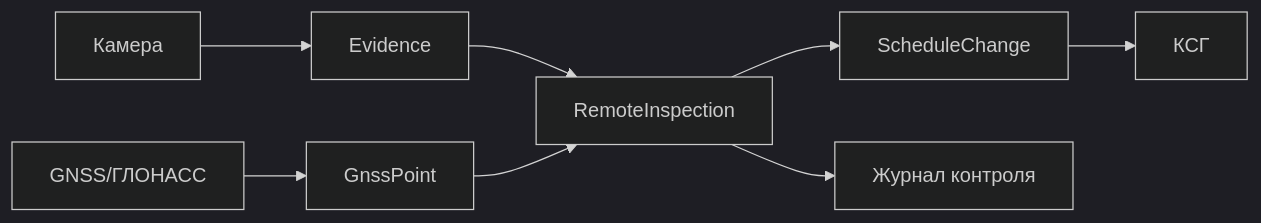
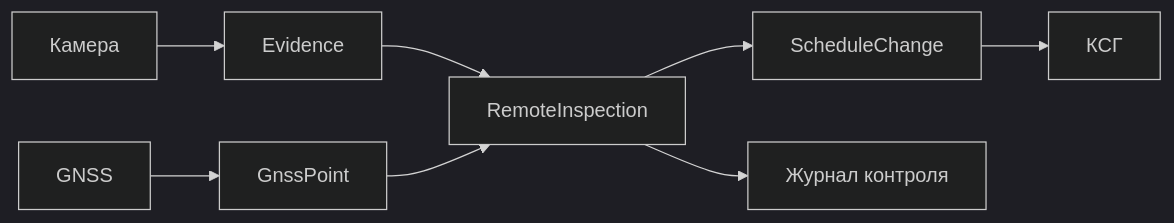
One commit to s21dlemanskiy/course-work changed the diagram in 09-надежность-и-эксплуатация.md. Above: the diagram before and after it, drawn with Mermaid (dark theme). The commit also changed other lines of this file and 13 other files, not shown here.

````diff
--- a/09-надежность-и-эксплуатация.md
+++ b/09-надежность-и-эксплуатация.md
@@ -25,10 +25,10 @@
 ```mermaid
 flowchart LR
     Camera[Камера] --> Evidence[Evidence]
-    GNSS[GNSS/ГЛОНАСС] --> Point[GnssPoint]
+    GNSS[GNSS] --> Point[GnssPoint]
     Evidence --> Inspection[RemoteInspection]
     Point --> Inspection
     Inspection --> Change[ScheduleChange]
     Change --> KSG[КСГ]
     Inspection --> Journal[Журнал контроля]
 ```
````
